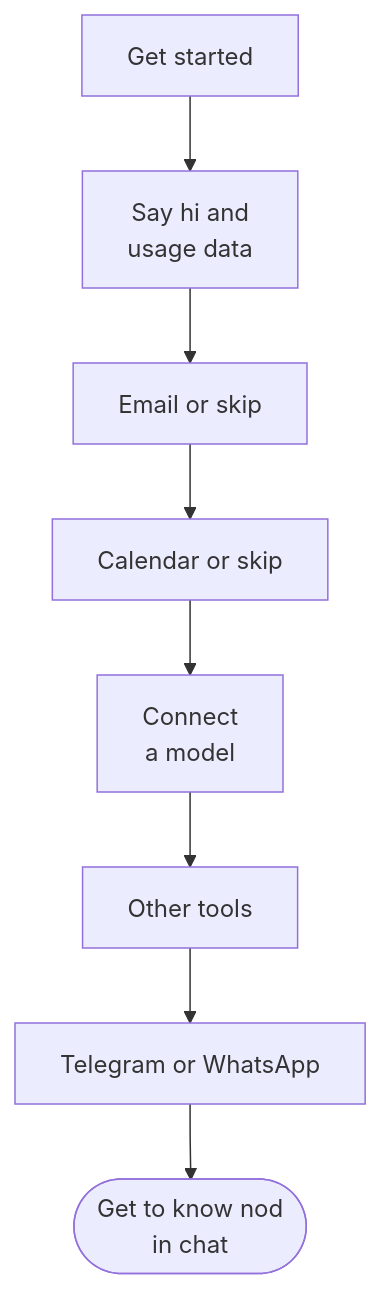
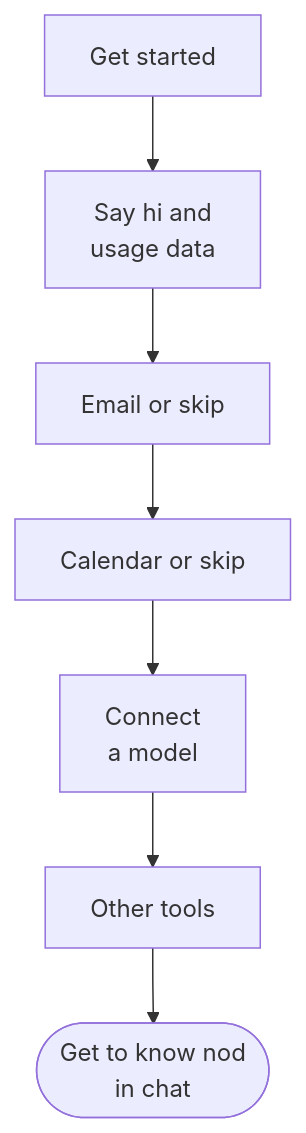
Before and after one commit to MichielMAnalytics/nod: the diagram in docs/src/content/docs/get-started/first-conversation.mdx, drawn with Mermaid. The commit also changed other lines of this file and 21 other files, not shown here.

````diff
--- a/docs/src/content/docs/get-started/first-conversation.mdx
+++ b/docs/src/content/docs/get-started/first-conversation.mdx
@@ -16,10 +16,9 @@
 ```mermaid
 flowchart TD
   start[Get started] --> hi[Say hi and<br/>usage data]
   hi --> email[Email or skip]:::muted
   email --> calendar[Calendar or skip]:::muted
   calendar --> model[Connect<br/>a model]:::accent
   model --> apps[Other tools]:::muted
-  apps --> messaging[Telegram or WhatsApp]:::muted
-  messaging --> chat([Get to know nod<br/>in chat]):::go
+  apps --> chat([Get to know nod<br/>in chat]):::go
 ```
````
